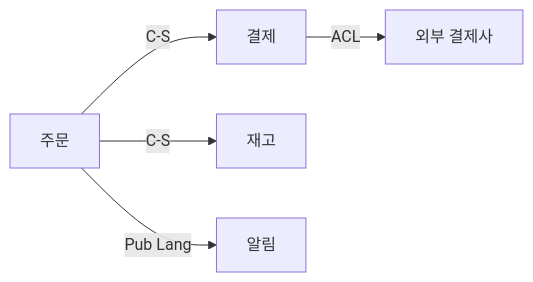
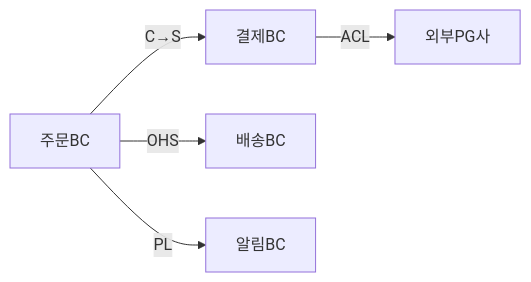
One commit to yjkim2015/yjkim2015.github.io changed the second of 4 diagrams in _posts/architecture/2026-05-01-ddd.md. Above: the diagram before and after it, drawn with Mermaid. The commit also changed other lines of this file and 4 other files, not shown here.

````diff
--- a/_posts/architecture/2026-05-01-ddd.md
+++ b/_posts/architecture/2026-05-01-ddd.md
@@ -100,7 +168,7 @@
 ```mermaid
 graph LR
-    OC["주문"] -->|"C-S"| PC["결제"]
-    OC -->|"C-S"| IC["재고"]
-    OC -->|"Pub Lang"| NC["알림"]
-    PC -->|"ACL"| EC["외부 결제사"]
+    ORD["주문BC"] -->|"C→S"| PAY["결제BC"]
+    ORD -->|"OHS"| SHIP["배송BC"]
+    PAY -->|"ACL"| EXT["외부PG사"]
+    ORD -->|"PL"| NOTI["알림BC"]
 ```
````
